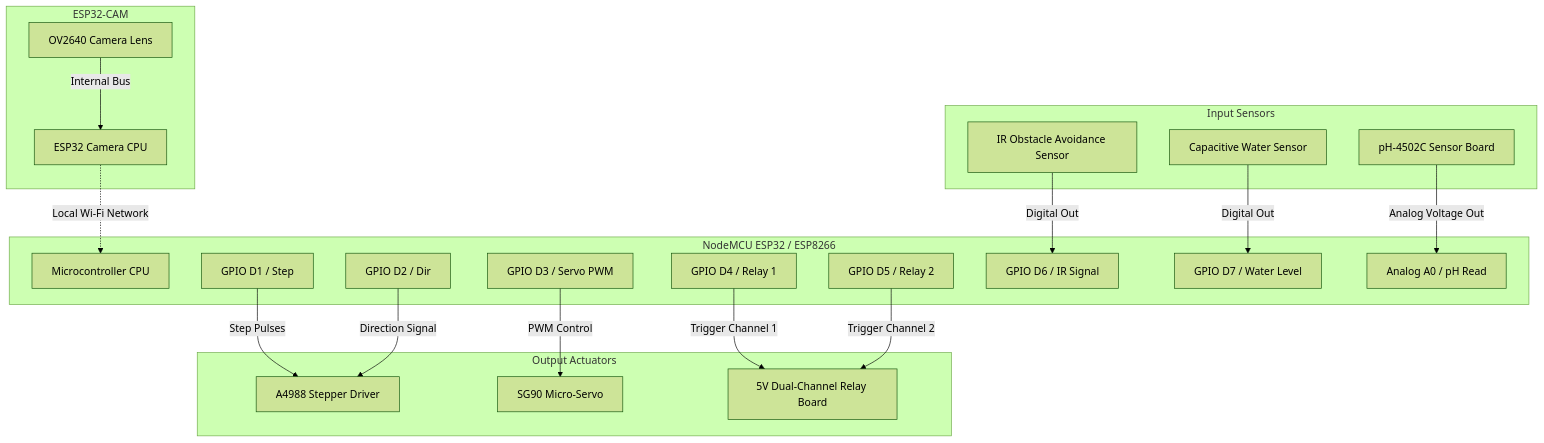
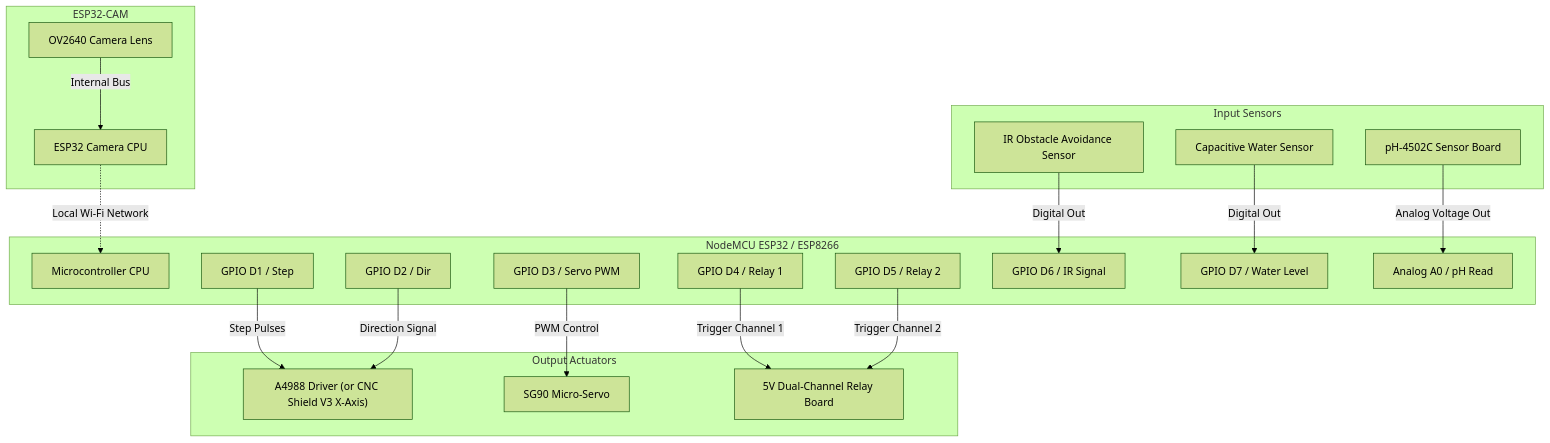
The second of 2 diagrams in PARTS.md (anjanadulan/Smart-Aqua-Manage-Bot), drawn with Mermaid (forest theme) before and after one commit. The commit also changed other lines of this file and 1 other file, not shown here.

Commit message:
docs: add CNC Shield V3 as a stepper driver alternative

````diff
--- a/PARTS.md
+++ b/PARTS.md
@@ -63,50 +63,50 @@
 ```mermaid
 graph TD
     %% Core Controllers
     subgraph Core Controller [NodeMCU ESP32 / ESP8266]
         MCU[Microcontroller CPU]
         Pin_D1[GPIO D1 / Step]
         Pin_D2[GPIO D2 / Dir]
         Pin_D3[GPIO D3 / Servo PWM]
         Pin_D4[GPIO D4 / Relay 1]
         Pin_D5[GPIO D5 / Relay 2]
         Pin_D6[GPIO D6 / IR Signal]
         Pin_D7[GPIO D7 / Water Level]
         Pin_A0[Analog A0 / pH Read]
     end
 
     subgraph Secondary Module [ESP32-CAM]
         CAM_Module[ESP32 Camera CPU]
         OV2640[OV2640 Camera Lens]
     end
 
     %% Sensor Inputs
     subgraph Input Sensors
         IR[IR Obstacle Avoidance Sensor]
         Capacitive[Capacitive Water Sensor]
         pH[pH-4502C Sensor Board]
     end
 
     %% Output Actuators
     subgraph Output Actuators
-        A4988[A4988 Stepper Driver]
+        A4988["A4988 Driver (or CNC Shield V3 X-Axis)"]
         Servo[SG90 Micro-Servo]
         Relays[5V Dual-Channel Relay Board]
     end
 
     %% Wiring Connections
     IR -->|Digital Out| Pin_D6
     Capacitive -->|Digital Out| Pin_D7
     pH -->|Analog Voltage Out| Pin_A0
 
     Pin_D1 -->|Step Pulses| A4988
     Pin_D2 -->|Direction Signal| A4988
     Pin_D3 -->|PWM Control| Servo
     Pin_D4 -->|Trigger Channel 1| Relays
     Pin_D5 -->|Trigger Channel 2| Relays
 
     OV2640 -->|Internal Bus| CAM_Module
 
     %% Wireless communication
     CAM_Module -.->|Local Wi-Fi Network| MCU
 ```
````
